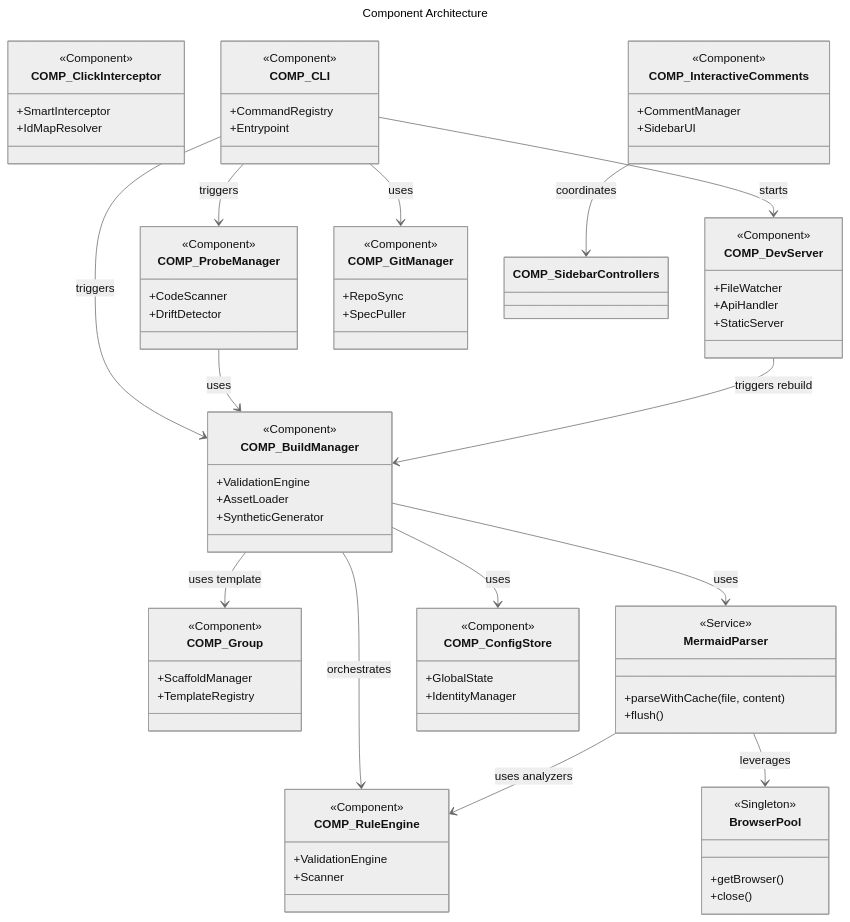
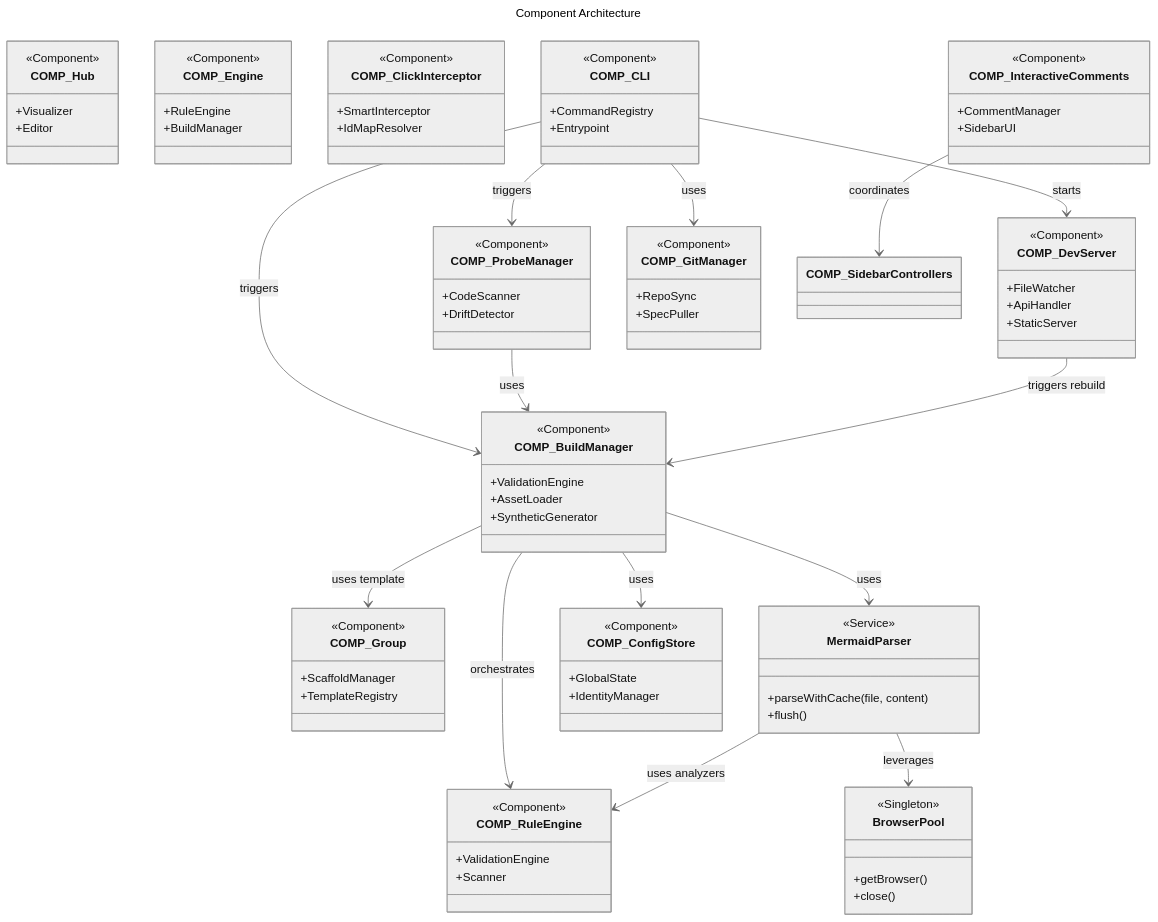
The diagram in docs/components/COMP_Overview.mermaid (futurefoundai/foundryspec), drawn with Mermaid (neutral theme) before and after one commit. The commit also changed 28 other files, not shown here.

```diff
--- a/docs/components/COMP_Overview.mermaid
+++ b/docs/components/COMP_Overview.mermaid
@@ -1,123 +1,139 @@
 ---
 id: "COMP_Overview"
 title: Component Architecture
 description: Detailed decomposition of the FoundrySpec engine components.
 entities:
   - id: "COMP_Group"
     requirements:
   - id: "COMP_ClickInterceptor"
     requirements:
   - id: "COMP_InteractiveComments"
     requirements:
   - id: "COMP_BuildManager"
     requirements:
   - id: "COMP_MermaidParser"
     requirements:
   - id: "COMP_ProbeManager"
     requirements:
   - id: "COMP_ConfigStore"
     requirements:
   - id: "COMP_GitManager"
     requirements:
   - id: "COMP_CLI"
     requirements:
   - id: "COMP_DevServer"
     requirements:
   - id: "COMP_RuleEngine"
     requirements:
   - id: "COMP_SidebarControllers"
     description: "Handles the logic for the context sidebar and unified ID resolution."
   - id: "COMP_MermaidParser"
     requirements:
   - id: "COMP_BrowserPool"
     requirements:
+  - id: "COMP_Hub"
+    requirements:
+  - id: "COMP_Engine"
+    requirements:
 ---
 
 classDiagram
+    class COMP_Hub {
+        <<Component>>
+        +Visualizer
+        +Editor
+    }
+
+    class COMP_Engine {
+        <<Component>>
+        +RuleEngine
+        +BuildManager
+    }
+
     class COMP_Group {
         <<Component>>
         +ScaffoldManager
         +TemplateRegistry
     }
 
     class COMP_BuildManager {
         <<Component>>
         +ValidationEngine
         +AssetLoader
         +SyntheticGenerator
     }
 
     class MermaidParser {
         <<Service>>
         +parseWithCache(file, content)
         +flush()
     }
 
     class BrowserPool {
         <<Singleton>>
         +getBrowser()
         +close()
     }
 
     class COMP_ProbeManager {
         <<Component>>
         +CodeScanner
         +DriftDetector
     }
 
     class COMP_ClickInterceptor {
         <<Component>>
         +SmartInterceptor
         +IdMapResolver
     }
 
     class COMP_InteractiveComments {
         <<Component>>
         +CommentManager
         +SidebarUI
     }
 
     class COMP_DevServer {
         <<Component>>
         +FileWatcher
         +ApiHandler
         +StaticServer
     }
 
     class COMP_ConfigStore {
         <<Component>>
         +GlobalState
         +IdentityManager
     }
 
     class COMP_GitManager {
         <<Component>>
         +RepoSync
         +SpecPuller
     }
 
     class COMP_CLI {
         <<Component>>
         +CommandRegistry
         +Entrypoint
     }
 
     class COMP_RuleEngine {
         <<Component>>
         +ValidationEngine
         +Scanner
     }
     
     COMP_CLI --> COMP_BuildManager : triggers
     COMP_CLI --> COMP_ProbeManager : triggers
     COMP_CLI --> COMP_DevServer : starts
     COMP_CLI --> COMP_GitManager : uses
     COMP_BuildManager --> COMP_ConfigStore : uses
     COMP_BuildManager --> COMP_RuleEngine : orchestrates
     COMP_BuildManager --> MermaidParser : uses
     MermaidParser --> BrowserPool : leverages
     MermaidParser --> COMP_RuleEngine : uses analyzers
     COMP_ProbeManager --> COMP_BuildManager : uses
     COMP_BuildManager --> COMP_Group : uses template
     COMP_DevServer --> COMP_BuildManager : triggers rebuild
     COMP_InteractiveComments --> COMP_SidebarControllers : coordinates
```
